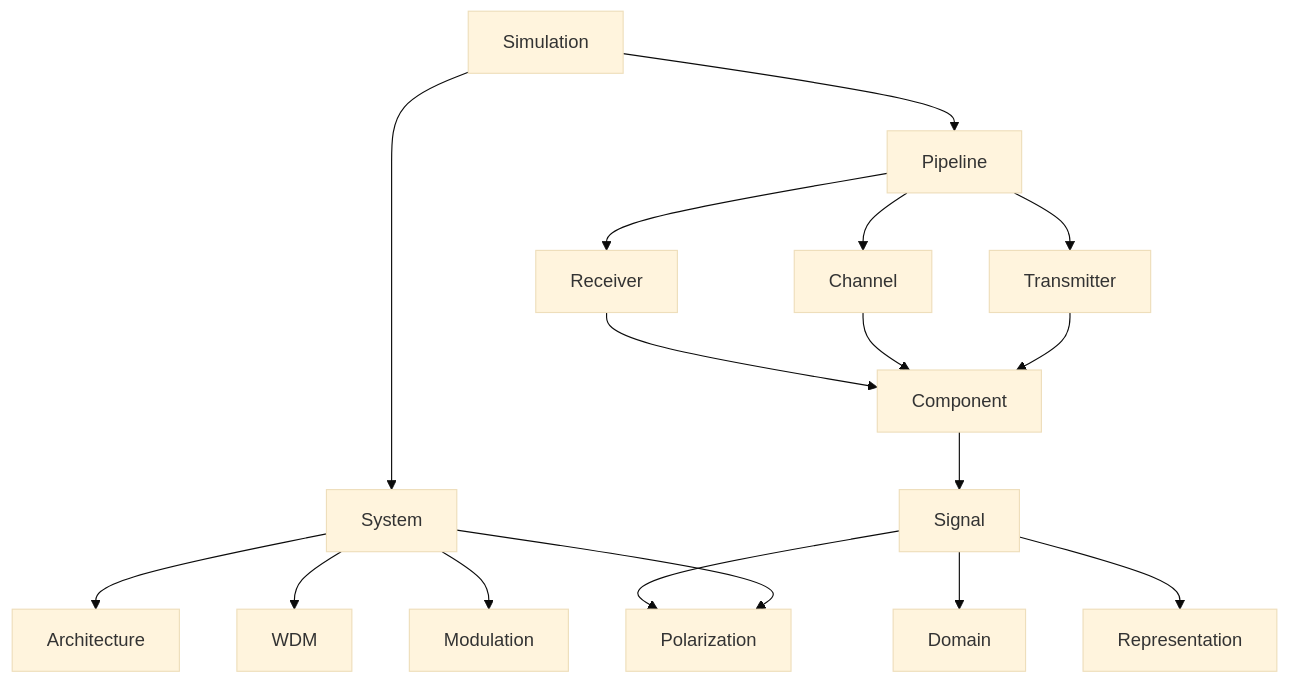
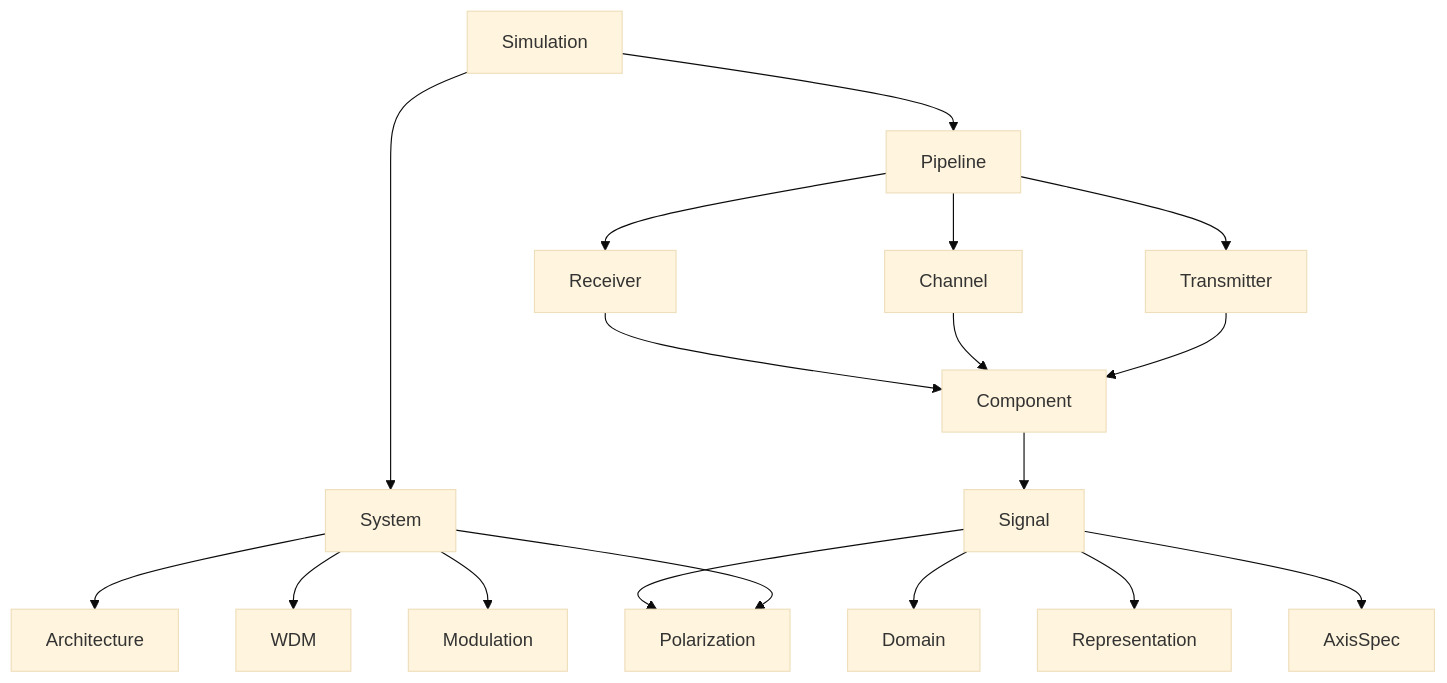
The first of 6 diagrams in docs/01-class/RFC_0001_Signal_System_Component_Architecture.md (gbozelli/PyCOSim), drawn with Mermaid (base theme) before and after one commit. The commit also changed other lines of this file, not shown here.

````diff
--- a/docs/01-class/RFC_0001_Signal_System_Component_Architecture.md
+++ b/docs/01-class/RFC_0001_Signal_System_Component_Architecture.md
@@ -90,23 +106,24 @@
 ``` mermaid
 flowchart TD
     Simulation --> System
     Simulation --> Pipeline
 
     System --> Architecture
     System --> Polarization
     System --> WDM
     System --> Modulation
 
     Pipeline --> Transmitter
     Pipeline --> Channel
     Pipeline --> Receiver
 
     Transmitter --> Component
     Channel --> Component
     Receiver --> Component
 
     Component --> Signal
     Signal --> Domain
     Signal --> Representation
     Signal --> Polarization
+    Signal --> AxisSpec
 ```
````
